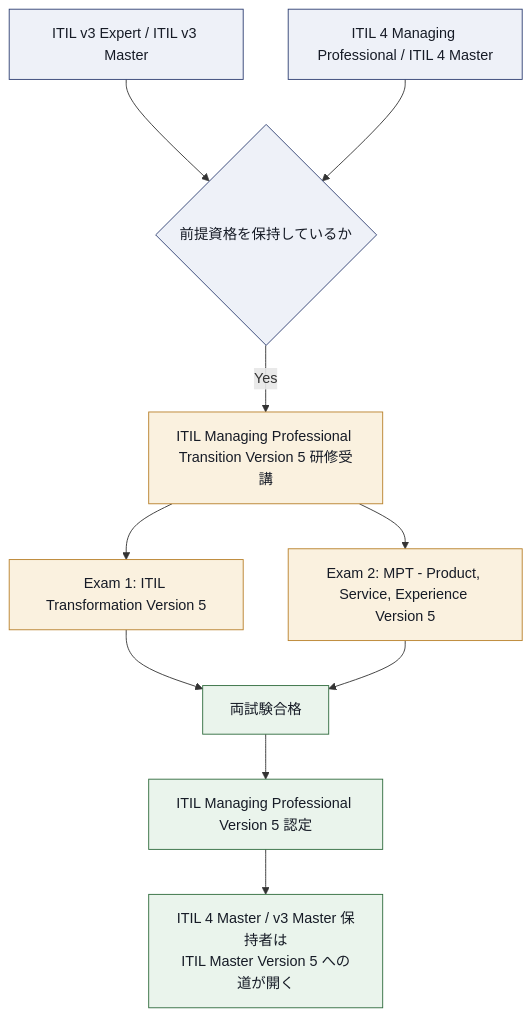
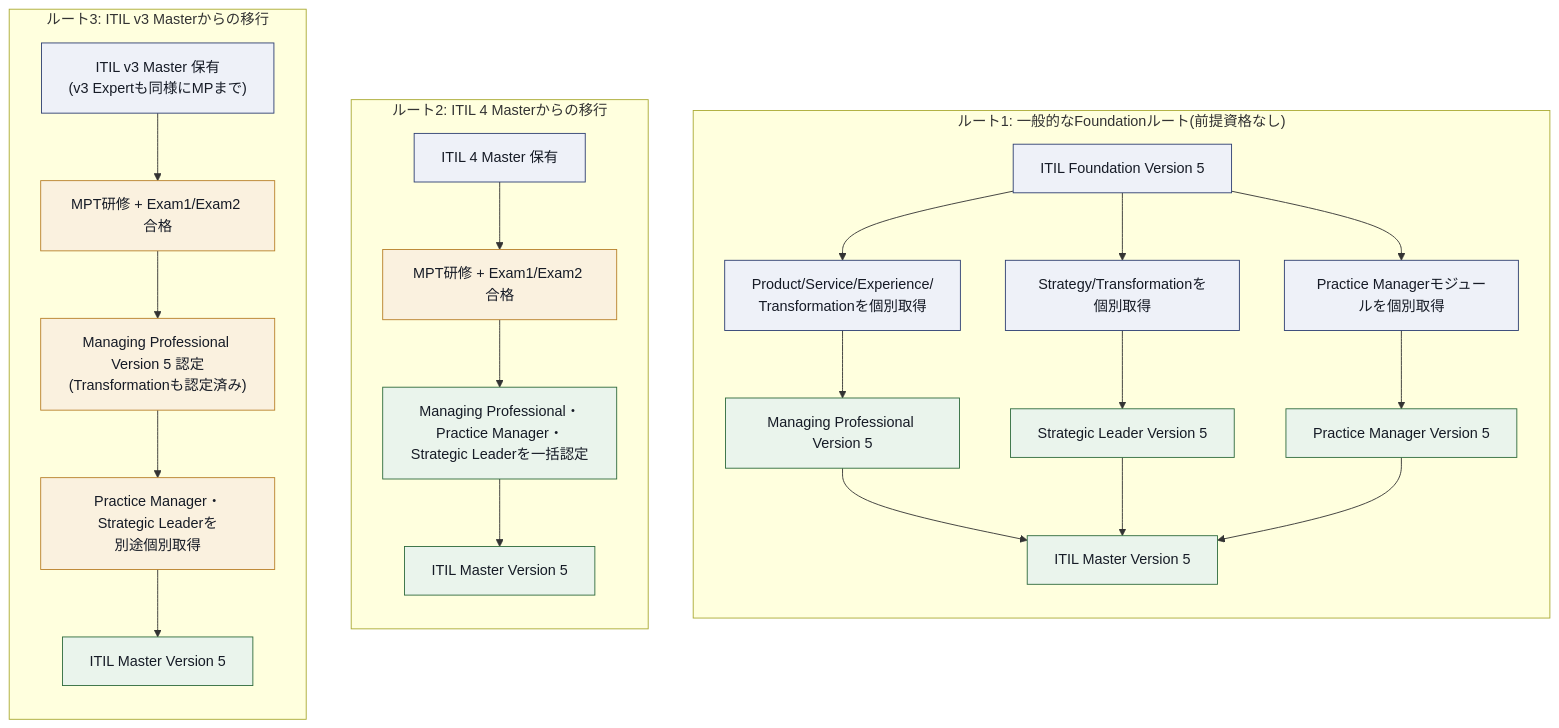
Before and after one commit to myoshi2891/Management-Team-Building-Studies: the first of 9 diagrams in Itil-managing-professional-transition-v5-guide.md, drawn with Mermaid. The commit also changed other lines of this file, not shown here.

Commit message:
docs(itil): update MPT guide with master certification paths and AI capability model

````diff
--- a/Itil-managing-professional-transition-v5-guide.md
+++ b/Itil-managing-professional-transition-v5-guide.md
@@ -41,19 +44,37 @@
 ```mermaid
-flowchart TD
-    A["ITIL v3 Expert / ITIL v3 Master"] --> C{"前提資格を保持しているか"}
-    B["ITIL 4 Managing Professional / ITIL 4 Master"] --> C
-    C -->|Yes| D["ITIL Managing Professional Transition Version 5 研修受講"]
-    D --> E["Exam 1: ITIL Transformation Version 5"]
-    D --> F["Exam 2: MPT - Product, Service, Experience Version 5"]
-    E --> G["両試験合格"]
-    F --> G
-    G --> H["ITIL Managing Professional Version 5 認定"]
-    H --> I["ITIL 4 Master / v3 Master 保持者は<br/>ITIL Master Version 5 への道が開く"]
+flowchart TB
+    subgraph RouteGeneral["ルート1: 一般的なFoundationルート(前提資格なし)"]
+        direction TB
+        FG["ITIL Foundation Version 5"] --> FG2["Product/Service/Experience/<br/>Transformationを個別取得"]
+        FG2 --> FG3["Managing Professional Version 5"]
+        FG --> FG4["Strategy/Transformationを個別取得"]
+        FG4 --> FG5["Strategic Leader Version 5"]
+        FG --> FG6["Practice Managerモジュールを個別取得"]
+        FG6 --> FG7["Practice Manager Version 5"]
+        FG3 --> FG8["ITIL Master Version 5"]
+        FG5 --> FG8
+        FG7 --> FG8
+    end
+
+    subgraph Route4["ルート2: ITIL 4 Masterからの移行"]
+        direction TB
+        M4["ITIL 4 Master 保有"] --> MPT4["MPT研修 + Exam1/Exam2 合格"]
+        MPT4 --> M4R["Managing Professional・Practice Manager・<br/>Strategic Leaderを一括認定"]
+        M4R --> M4M["ITIL Master Version 5"]
+    end
+
+    subgraph RouteV3["ルート3: ITIL v3 Masterからの移行"]
+        direction TB
+        M3["ITIL v3 Master 保有<br/>(v3 Expertも同様にMPまで)"] --> MPT3["MPT研修 + Exam1/Exam2 合格"]
+        MPT3 --> M3R["Managing Professional Version 5 認定<br/>(Transformationも認定済み)"]
+        M3R --> M3S["Practice Manager・Strategic Leaderを<br/>別途個別取得"]
+        M3S --> M3M["ITIL Master Version 5"]
+    end
 
     classDef box fill:#EEF1F8,stroke:#2E3F72,color:#161B26
     classDef hub fill:#FAF1DF,stroke:#B8802A,color:#161B26
     classDef done fill:#EAF4EC,stroke:#2F6B3D,color:#161B26
-    class A,B,C box
-    class D,E,F hub
-    class G,H,I done
+    class FG,FG2,FG4,FG6,M4,M3 box
+    class MPT4,MPT3,M3R,M3S hub
+    class FG3,FG5,FG7,FG8,M4R,M4M,M3M done
 ```
````
